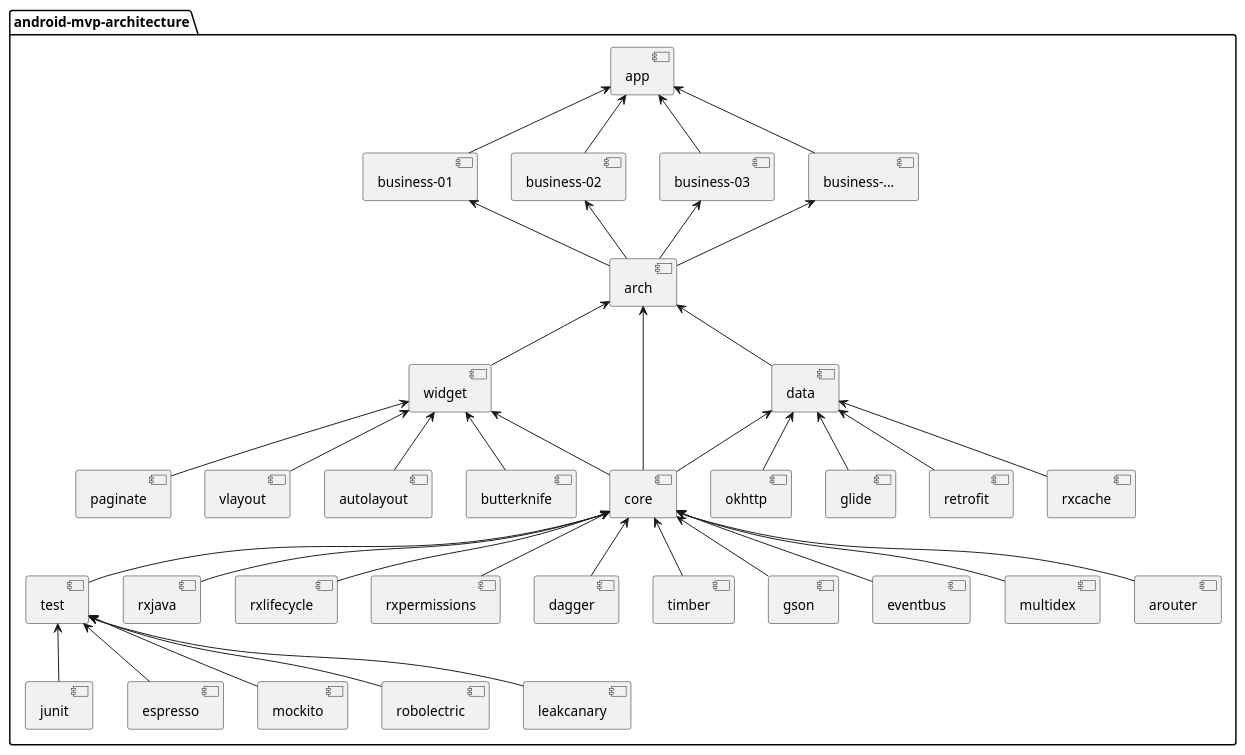
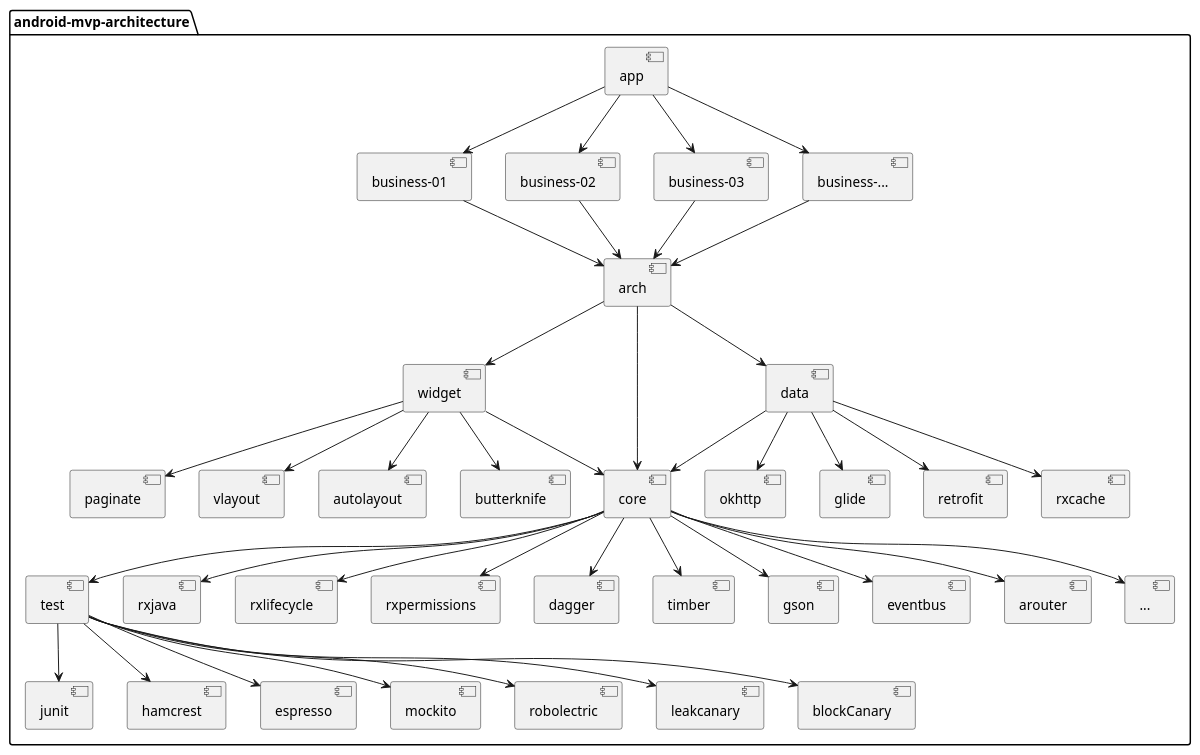
The diagram in doc/uml/architecture.puml (smuwjs/android-mvp-architecture), drawn with PlantUML before and after one commit. The commit also changed 19 other files, not shown here.

Commit message:
Add module contains data, test on 2017.06.08.

```diff
--- a/doc/uml/architecture.puml
+++ b/doc/uml/architecture.puml
@@ -1,51 +1,51 @@
 @startuml
 
 package "android-mvp-architecture" {
 
- [test] <-- [junit]
- [test] <-- [espresso]
- [test] <-- [mockito]
- [test] <-- [robolectric]
- [test] <-- [leakcanary]
+ [test] --> [junit]
+ [test] --> [hamcrest]
+ [test] --> [espresso]
+ [test] --> [mockito]
+ [test] --> [robolectric]
+ [test] --> [leakcanary]
+ [test] --> [blockCanary]
 
- [core] <-- [test]
- [core] <-- [rxjava]
- [core] <-- [rxlifecycle]
- [core] <-- [rxpermissions]
- [core] <-- [dagger]
- [core] <-- [timber]
- [core] <-- [gson]
- [core] <-- [eventbus]
- [core] <-- [multidex]
+ [core] --> [test]
+ [core] --> [rxjava]
+ [core] --> [rxlifecycle]
+ [core] --> [rxpermissions]
+ [core] --> [dagger]
+ [core] --> [timber]
+ [core] --> [gson]
+ [core] --> [eventbus]
+ [core] --> [arouter]
+ [core] --> [...]
 
- [core] <-- [arouter]
+ [widget] --> [core]
+ [widget] --> [vlayout]
+ [widget] --> [autolayout]
+ [widget] --> [butterknife]
+ [widget] --> [paginate]
 
- [widget] <-- [core]
- [widget] <-- [vlayout]
- [widget] <-- [autolayout]
- [widget] <-- [butterknife]
- [widget] <-- [paginate]
+ [data] --> [retrofit]
+ [data] --> [rxcache]
+ [data] --> [okhttp]
+ [data] --> [glide]
+ [data] --> [core]
 
- [data] <-- [retrofit]
- [data] <-- [rxcache]
- [data] <-- [okhttp]
- [data] <-- [glide]
- [data] <-- [core]
+ [arch] --> [data]
+ [arch] --> [widget]
+ [arch] --> [core]
 
- [arch] <-- [data]
- [arch] <-- [widget]
- [arch] <-- [core]
+ [business-01] --> [arch]
+ [business-02] --> [arch]
+ [business-03] --> [arch]
+ [business-...] --> [arch]
 
- [business-01] <-- [arch]
- [business-02] <-- [arch]
- [business-03] <-- [arch]
- [business-...] <-- [arch]
-
- [app] <-- [business-01]
- [app] <-- [business-02]
- [app] <-- [business-03]
- [app] <-- [business-...]
+ [app] --> [business-01]
+ [app] --> [business-02]
+ [app] --> [business-03]
+ [app] --> [business-...]
 }
 
-
 @enduml
```
